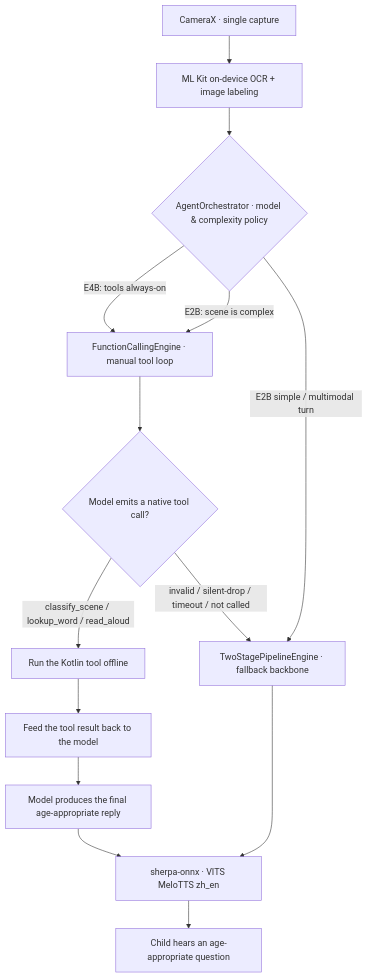
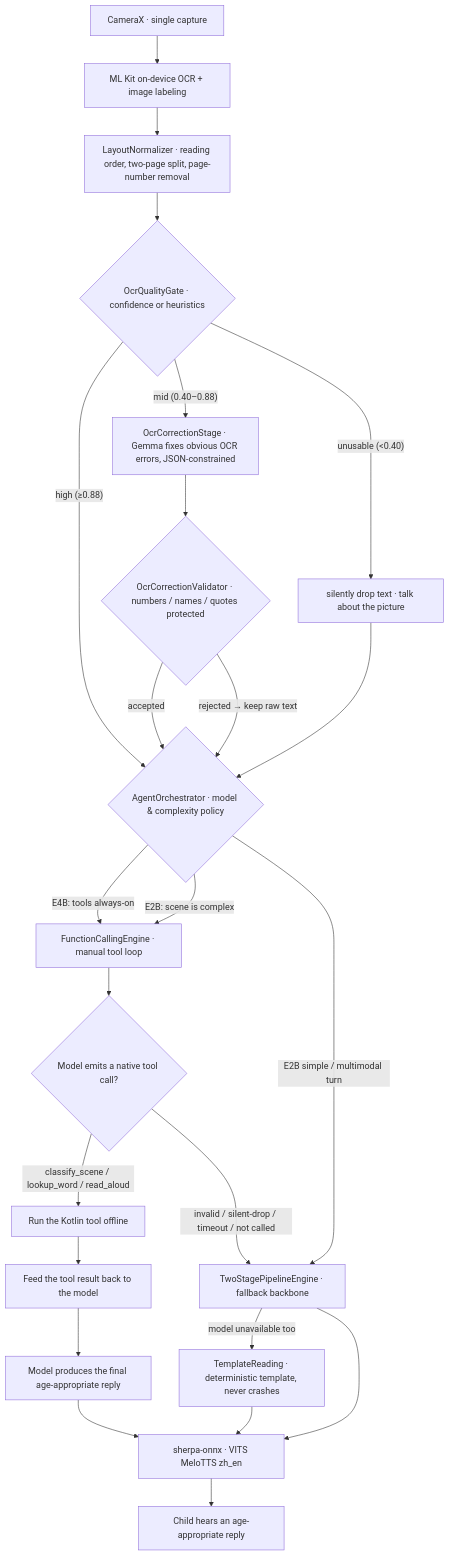
Before and after one commit to Stefan-Antonio-Pao/ING_luminosity-reader: the first of 2 diagrams in README.md, drawn with Mermaid. The commit also changed other lines of this file and 64 other files, not shown here.

````diff
--- a/README.md
+++ b/README.md
@@ -211,16 +225,26 @@
 ```mermaid
 flowchart TD
     A[CameraX · single capture] --> B[ML Kit on-device OCR + image labeling]
-    B --> C{AgentOrchestrator · model & complexity policy}
+    B --> N[LayoutNormalizer · reading order, two-page split, page-number removal]
+    N --> Q{OcrQualityGate · confidence or heuristics}
+    Q -- "high (≥0.88)" --> C
+    Q -- "mid (0.40–0.88)" --> X[OcrCorrectionStage · Gemma fixes obvious OCR errors, JSON-constrained]
+    Q -- "unusable (<0.40)" --> Y[silently drop text · talk about the picture]
+    X --> V{OcrCorrectionValidator · numbers / names / quotes protected}
+    V -- "accepted" --> C
+    V -- "rejected → keep raw text" --> C
+    Y --> C{AgentOrchestrator · model & complexity policy}
     C -- "E4B: tools always-on" --> D[FunctionCallingEngine · manual tool loop]
     C -- "E2B: scene is complex" --> D
     C -- "E2B simple / multimodal turn" --> F[TwoStagePipelineEngine · fallback backbone]
     D --> E{Model emits a native tool call?}
     E -- "classify_scene / lookup_word / read_aloud" --> G[Run the Kotlin tool offline]
     G --> H[Feed the tool result back to the model]
     H --> I[Model produces the final age-appropriate reply]
     E -- "invalid / silent-drop / timeout / not called" --> F
+    F -- "model unavailable too" --> T[TemplateReading · deterministic template, never crashes]
     I --> J[sherpa-onnx · VITS MeloTTS zh_en]
     F --> J
-    J --> K[Child hears an age-appropriate question]
+    T --> J
+    J --> K[Child hears an age-appropriate reply]
 ```
````
